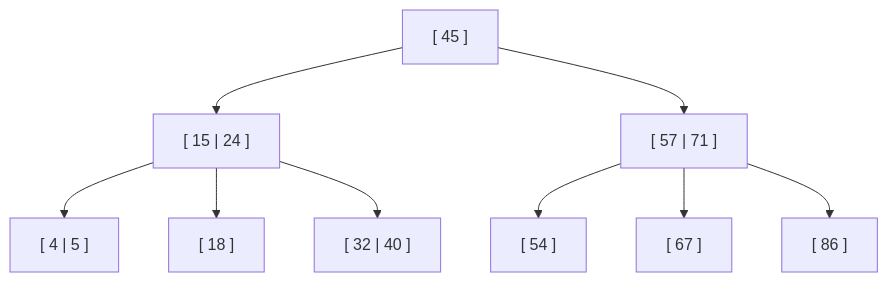
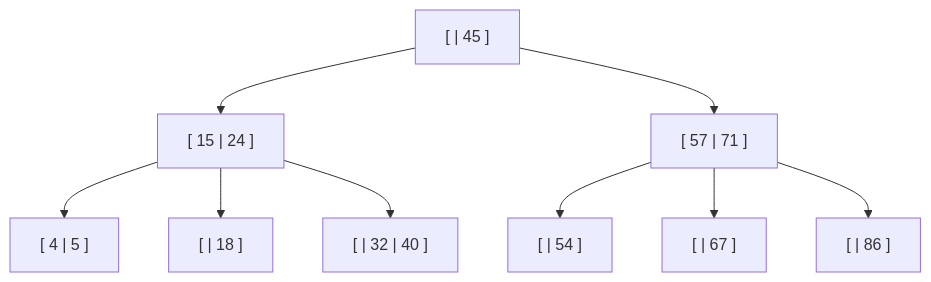
The sixth of 7 diagrams in Unidad 6 Estructuras de Datos no lineales/Árbol2-3-EjercicioParcial.md (IvasiutaM/Algoritmos-II-Consulta), drawn with Mermaid before and after one commit. The commit also changed other lines of this file, not shown here.

````diff
--- a/Unidad 6 Estructuras de Datos no lineales/Árbol2-3-EjercicioParcial.md
+++ b/Unidad 6 Estructuras de Datos no lineales/Árbol2-3-EjercicioParcial.md
@@ -105,25 +105,25 @@
 ```mermaid
 graph TD
-    A["[ 45 ]"]
+    A["[ | 45 ]"]
 
     B["[ 15 | 24 ]"]
     C["[ 57 | 71 ]"]
 
     D["[ 4 | 5 ]"]
-    E["[ 18 ]"]
-    F["[ 32 | 40 ]"]
-    G["[ 54 ]"]
-    H["[ 67 ]"]
-    I["[ 86 ]"]
+    E["[  | 18 ]"]
+    F["[  | 32 | 40 ]"]
+    G["[  | 54 ]"]
+    H["[  | 67 ]"]
+    I["[  | 86 ]"]
 
     A --> B
     A --> C
 
     B --> D
     B --> E
     B --> F
 
     C --> G
     C --> H
     C --> I
 ```
````
